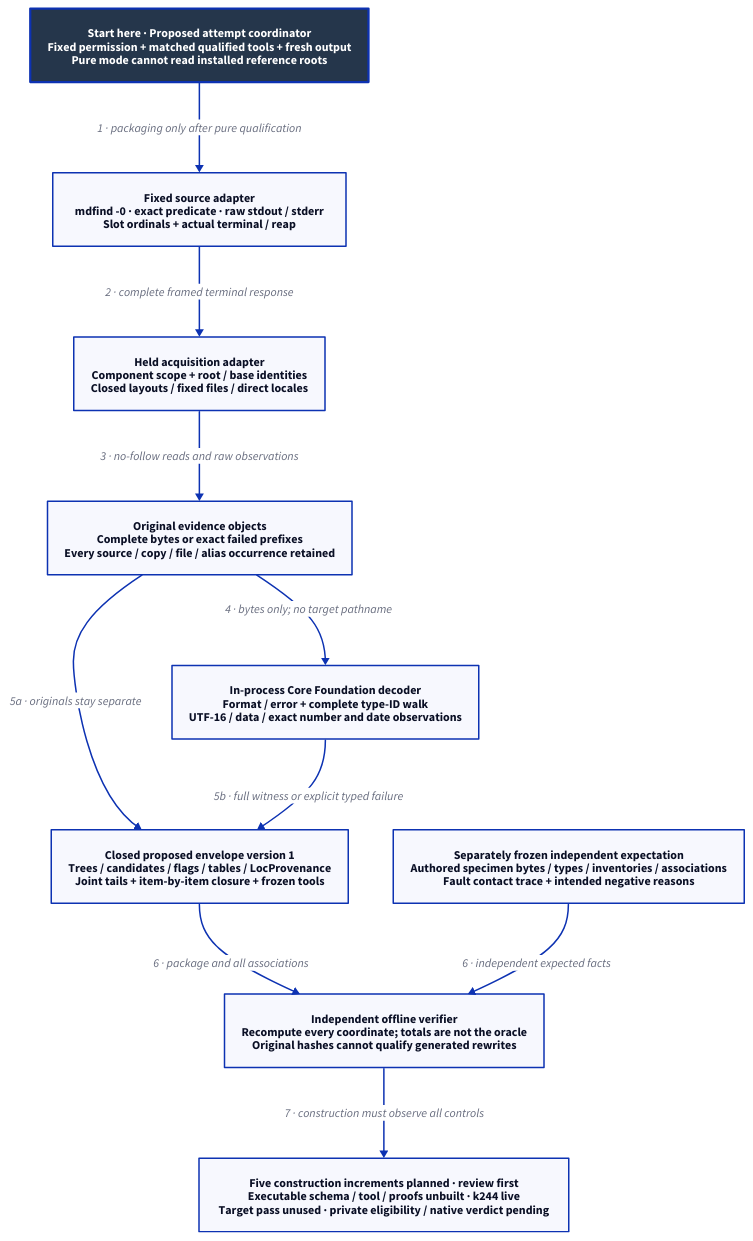
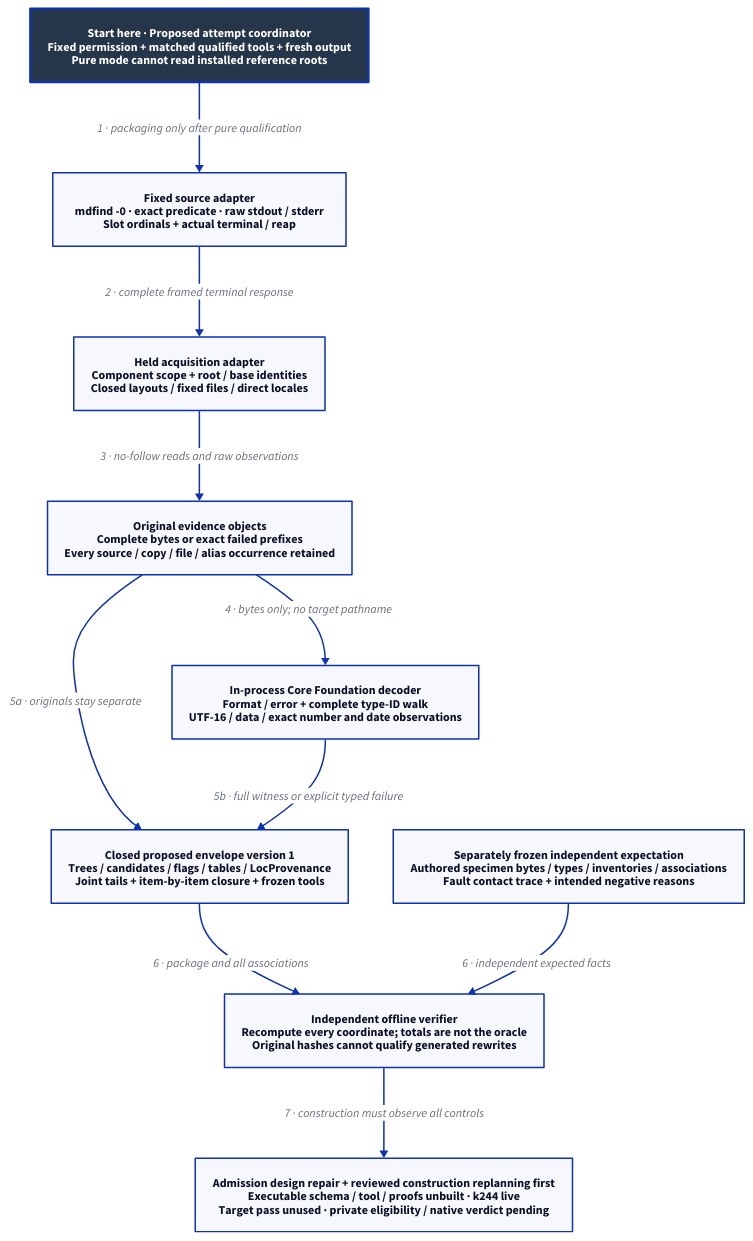
The diagram in docs/design/architecture/native-reference-instrument.d2 (Linkuistics/Koine), drawn with D2 before and after one commit. The commit also changed 28 other files, not shown here.

```diff
--- a/docs/design/architecture/native-reference-instrument.d2
+++ b/docs/design/architecture/native-reference-instrument.d2
@@ -1,23 +1,23 @@
 # Proposed evidence-tool components; none is implemented or qualified by this design.
 direction: down
 classes: {
   start: {style: {fill: "#25364B"; font-color: "#FFFFFF"; bold: true; stroke-width: 3}}
 }
 Start: "Start here · Proposed attempt coordinator\nFixed permission + matched qualified tools + fresh output\nPure mode cannot read installed reference roots" {class: start}
 Source: "Fixed source adapter\nmdfind -0 · exact predicate · raw stdout / stderr\nSlot ordinals + actual terminal / reap"
 Held: "Held acquisition adapter\nComponent scope + root / base identities\nClosed layouts / fixed files / direct locales"
 Objects: "Original evidence objects\nComplete bytes or exact failed prefixes\nEvery source / copy / file / alias occurrence retained"
 Decoder: "In-process Core Foundation decoder\nFormat / error + complete type-ID walk\nUTF-16 / data / exact number and date observations"
 Envelope: "Closed proposed envelope version 1\nTrees / candidates / flags / tables / LocProvenance\nJoint tails + item-by-item closure + frozen tools"
 Oracle: "Separately frozen independent expectation\nAuthored specimen bytes / types / inventories / associations\nFault contact trace + intended negative reasons"
 Verifier: "Independent offline verifier\nRecompute every coordinate; totals are not the oracle\nOriginal hashes cannot qualify generated rewrites"
-Boundary: "Five construction increments planned · review first\nExecutable schema / tool / proofs unbuilt · k244 live\nTarget pass unused · private eligibility / native verdict pending"
+Boundary: "Admission design repair + reviewed construction replanning first\nExecutable schema / tool / proofs unbuilt · k244 live\nTarget pass unused · private eligibility / native verdict pending"
 Start -> Source: "1 · packaging only after pure qualification"
 Source -> Held: "2 · complete framed terminal response"
 Held -> Objects: "3 · no-follow reads and raw observations"
 Objects -> Decoder: "4 · bytes only; no target pathname"
 Objects -> Envelope: "5a · originals stay separate"
 Decoder -> Envelope: "5b · full witness or explicit typed failure"
 Envelope -> Verifier: "6 · package and all associations"
 Oracle -> Verifier: "6 · independent expected facts"
 Verifier -> Boundary: "7 · construction must observe all controls"
```
